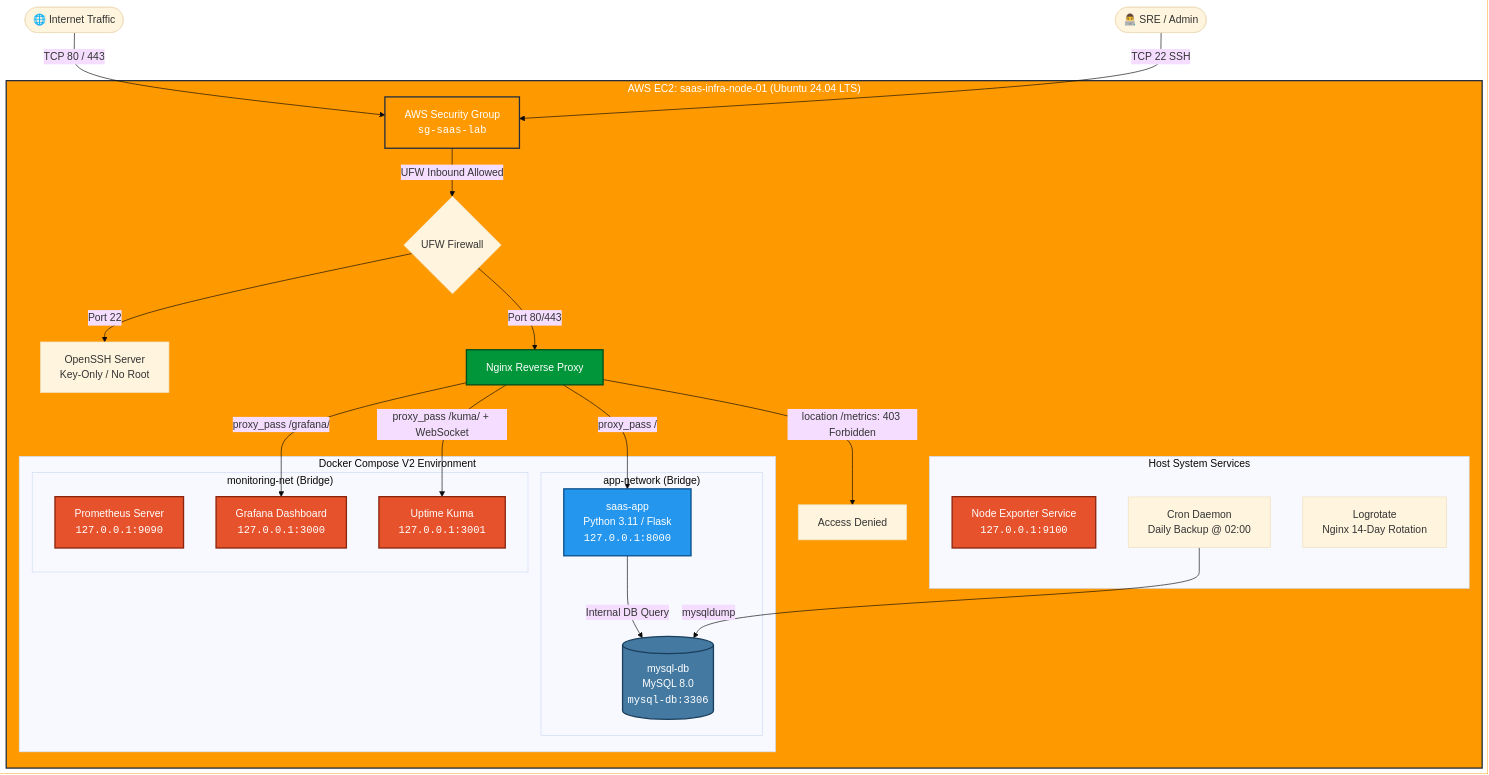
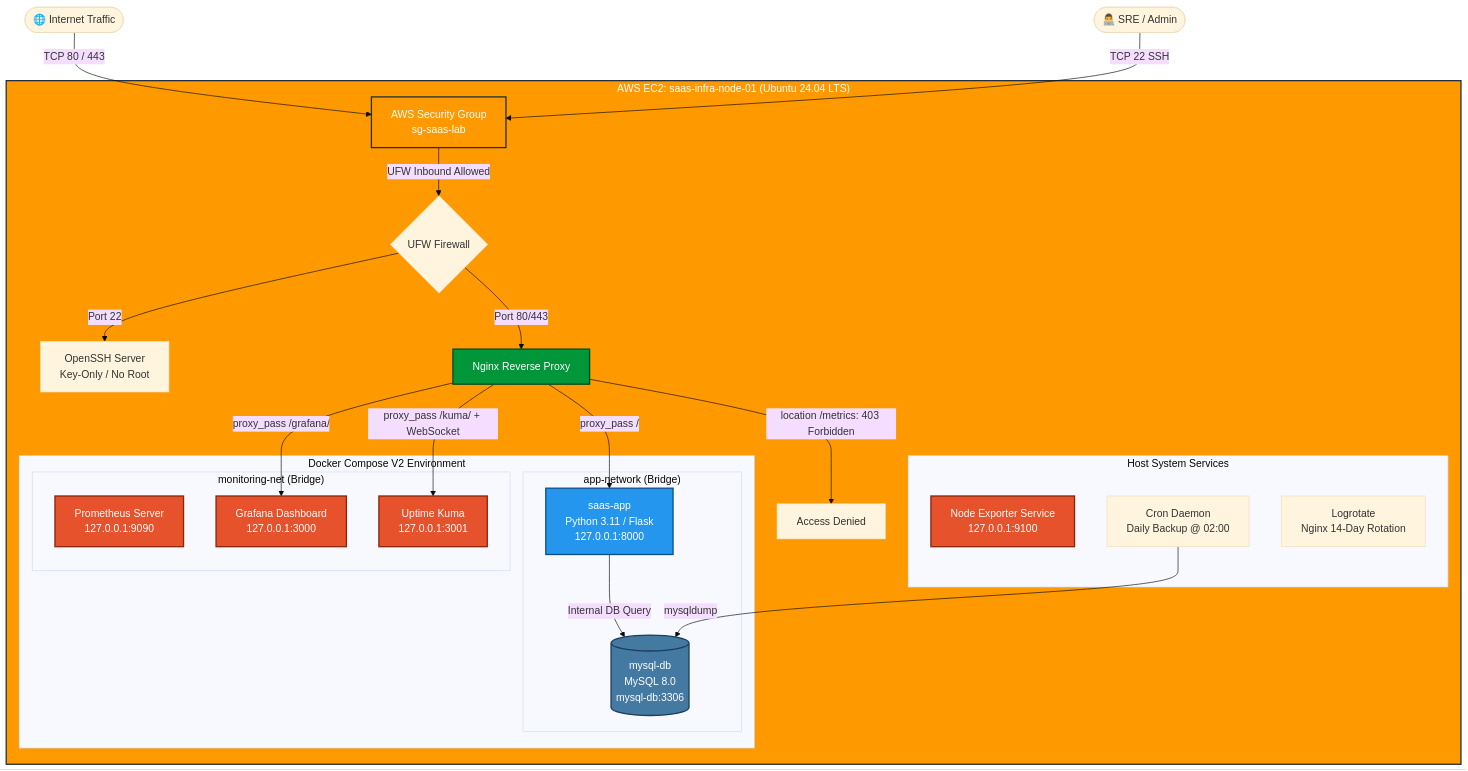
The first of 2 diagrams in README.md (affxplore/linux-saas-infrastructure-lab), drawn with Mermaid (base theme) before and after one commit. The commit also changed other lines of this file, not shown here.

Commit message:
Fix formatting and update links in README

````diff
--- a/README.md
+++ b/README.md
@@ -77,51 +77,51 @@
 ```mermaid
 flowchart TD
-    User([🌐 Internet Traffic]) -->|TCP 80 / 443| SG[AWS Security Group<br/><code>sg-saas-lab</code>]
-    Admin([👨‍💻 SRE / Admin]) -->|TCP 22 SSH| SG
+    User(["🌐 Internet Traffic"]) -->|TCP 80 / 443| SG["AWS Security Group<br/>sg-saas-lab"]
+    Admin(["👨‍💻 SRE / Admin"]) -->|TCP 22 SSH| SG
 
     subgraph Host["AWS EC2: saas-infra-node-01 (Ubuntu 24.04 LTS)"]
-        SG -->|UFW Inbound Allowed| UFW{UFW Firewall}
+        SG -->|"UFW Inbound Allowed"| UFW{"UFW Firewall"}
         
-        UFW -->|Port 22| SSHD[OpenSSH Server<br/>Key-Only / No Root]
-        UFW -->|Port 80/443| NGINX[Nginx Reverse Proxy]
+        UFW -->|"Port 22"| SSHD["OpenSSH Server<br/>Key-Only / No Root"]
+        UFW -->|"Port 80/443"| NGINX["Nginx Reverse Proxy"]
 
         subgraph SystemServices["Host System Services"]
-            NODE_EXP[Node Exporter Service<br/><code>127.0.0.1:9100</code>]
-            CRON[Cron Daemon<br/>Daily Backup @ 02:00]
-            LOGROTATE[Logrotate<br/>Nginx 14-Day Rotation]
+            NODE_EXP["Node Exporter Service<br/>127.0.0.1:9100"]
+            CRON["Cron Daemon<br/>Daily Backup @ 02:00"]
+            LOGROTATE["Logrotate<br/>Nginx 14-Day Rotation"]
         end
 
         subgraph DockerCompose["Docker Compose V2 Environment"]
             subgraph AppNet["app-network (Bridge)"]
-                APP[saas-app<br/>Python 3.11 / Flask<br/><code>127.0.0.1:8000</code>]
-                MYSQL[(mysql-db<br/>MySQL 8.0<br/><code>mysql-db:3306</code>)]
+                APP["saas-app<br/>Python 3.11 / Flask<br/>127.0.0.1:8000"]
+                MYSQL[("mysql-db<br/>MySQL 8.0<br/>mysql-db:3306")]
             end
 
             subgraph MonNet["monitoring-net (Bridge)"]
-                PROM[Prometheus Server<br/><code>127.0.0.1:9090</code>]
-                GRAFANA[Grafana Dashboard<br/><code>127.0.0.1:3000</code>]
-                KUMA[Uptime Kuma<br/><code>127.0.0.1:3001</code>]
+                PROM["Prometheus Server<br/>127.0.0.1:9090"]
+                GRAFANA["Grafana Dashboard<br/>127.0.0.1:3000"]
+                KUMA["Uptime Kuma<br/>127.0.0.1:3001"]
             end
         end
 
-        NGINX -->|proxy_pass /| APP
-        NGINX -->|proxy_pass /grafana/| GRAFANA
-        NGINX -->|proxy_pass /kuma/ + WebSocket| KUMA
-        NGINX -->|location /metrics: 403 Forbidden| DENY[Access Denied]
+        NGINX -->|"proxy_pass /"| APP
+        NGINX -->|"proxy_pass /grafana/"| GRAFANA
+        NGINX -->|"proxy_pass /kuma/ + WebSocket"| KUMA
+        NGINX -->|"location /metrics: 403 Forbidden"| DENY["Access Denied"]
         
-        APP -->|Internal DB Query| MYSQL
-        CRON -->|mysqldump| MYSQL
+        APP -->|"Internal DB Query"| MYSQL
+        CRON -->|"mysqldump"| MYSQL
     end
 
     classDef aws fill:#FF9900,stroke:#232F3E,stroke-width:2px,color:white;
     classDef proxy fill:#009639,stroke:#004D1A,stroke-width:2px,color:white;
     classDef app fill:#2496ED,stroke:#0B4F8A,stroke-width:2px,color:white;
     classDef db fill:#4479A1,stroke:#1A3E5C,stroke-width:2px,color:white;
     classDef mon fill:#E6522C,stroke:#8A240B,stroke-width:2px,color:white;
 
     class SG,Host aws;
     class NGINX proxy;
     class APP app;
     class MYSQL db;
     class PROM,GRAFANA,KUMA,NODE_EXP mon;
 ```
````
